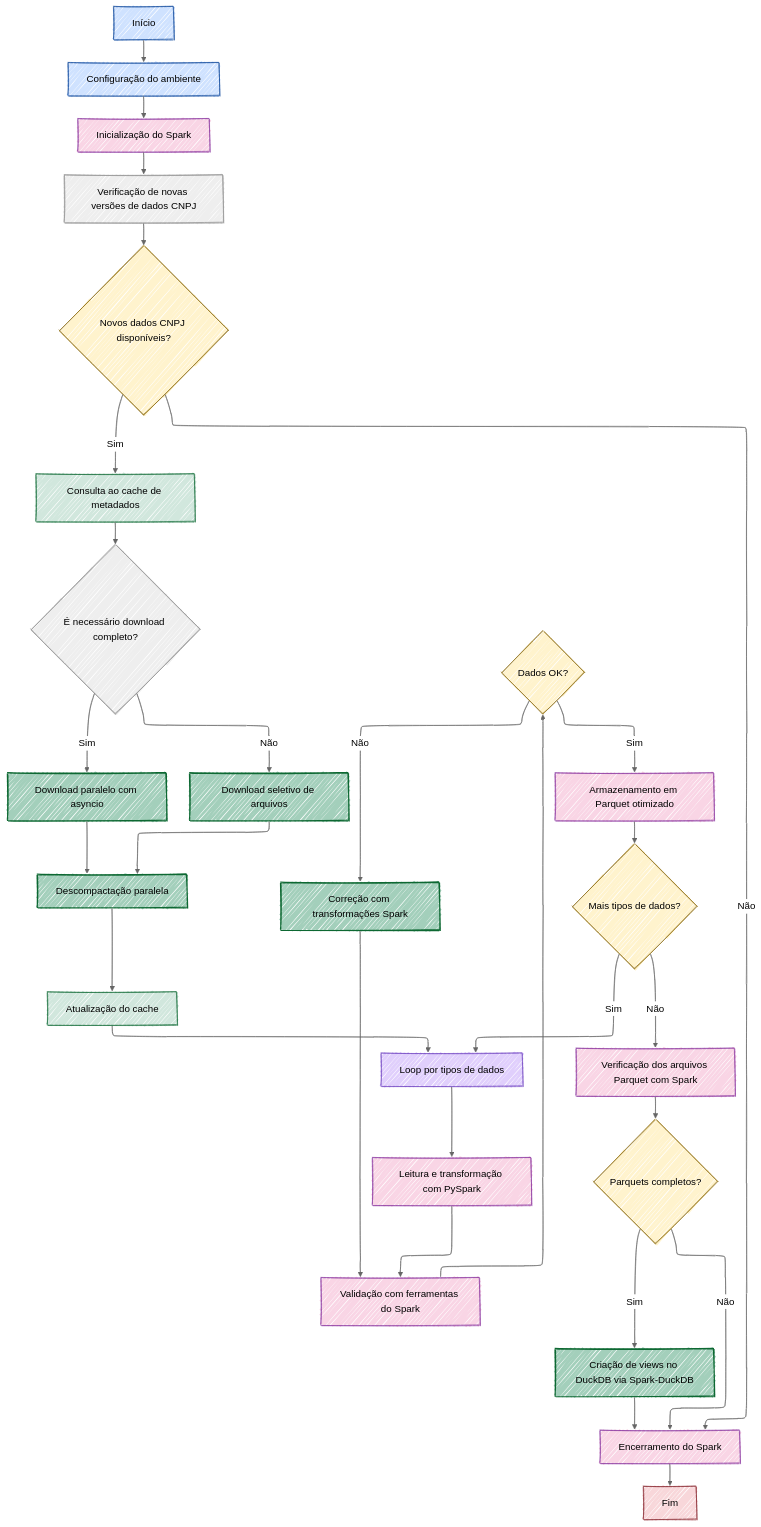
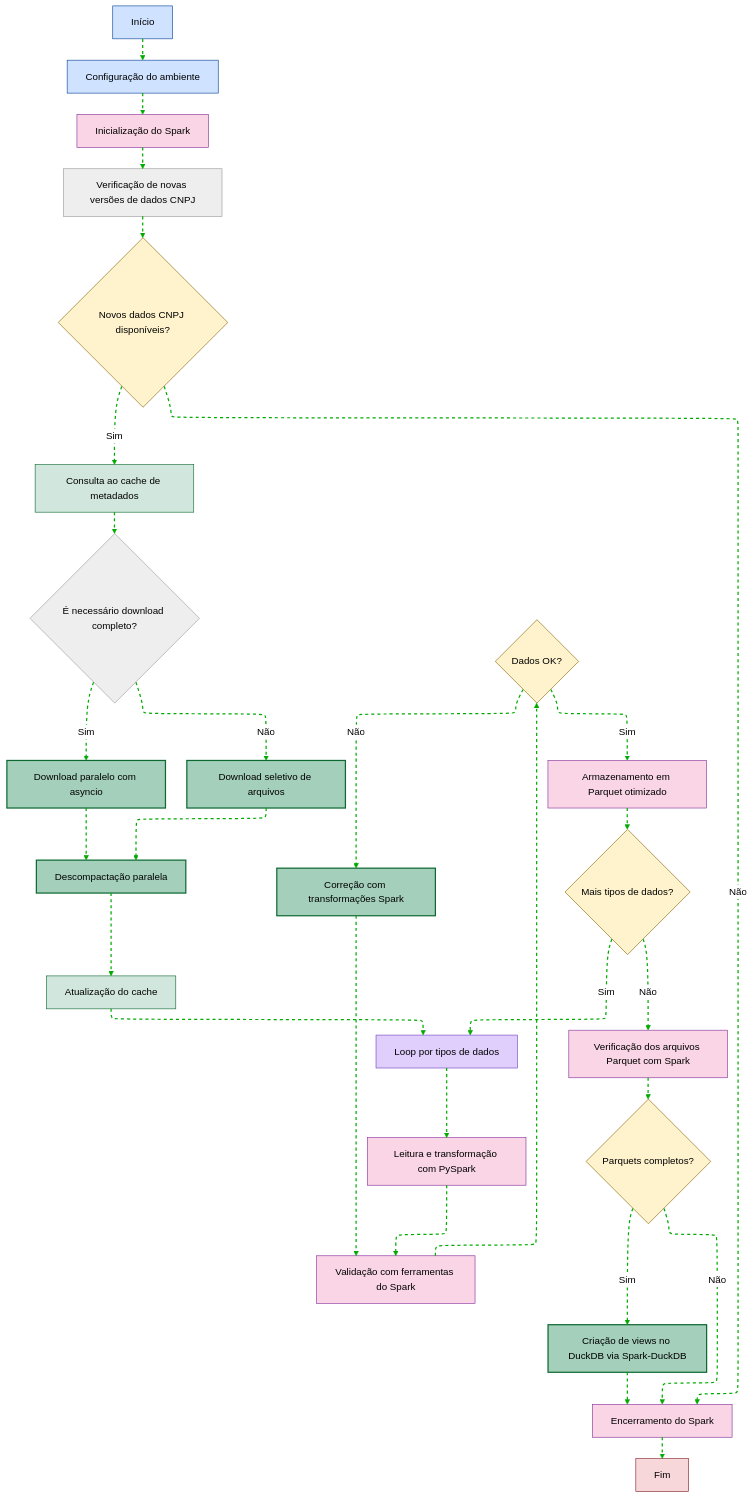
The second of 2 diagrams in README.md (wmodanez/cnpj_dados_abertos), drawn with Mermaid before and after one commit. The commit also changed other lines of this file, not shown here.

Commit message:
Atualização do README.md com melhorias na configuração dos fluxogramas, incluindo animações e ajustes na renderização. As alterações visam aprimorar a visualização e a interatividade dos diagramas, facilitando a compreensão do fluxo de processamento de dados de CNPJs.

````diff
--- a/README.md
+++ b/README.md
@@ -131,7 +139,6 @@
 ```mermaid
 ---
 config:
-   look: handDrawn
    theme: neutral
    layout: elk
    elk:
@@ -146,6 +153,12 @@
       layered:
         alignedLayout: true
         nodePlacement: SIMPLE
+   flowchart:
+      useMaxWidth: true
+      curve: basis
+      defaultRenderer: elk
+      htmlLabels: true
+      animate: true
 
 ---
 flowchart TD
@@ -202,4 +215,7 @@
     class C,I,J,K,L,P1 spark
     class T loop
     class Z fim
+    
+    %% Animação das setas
+    linkStyle default stroke:#00AA00,stroke-width:2px,color:green,animation:flowing 2s ease infinite,stroke-dasharray:5,2,3,2
 ```
````
